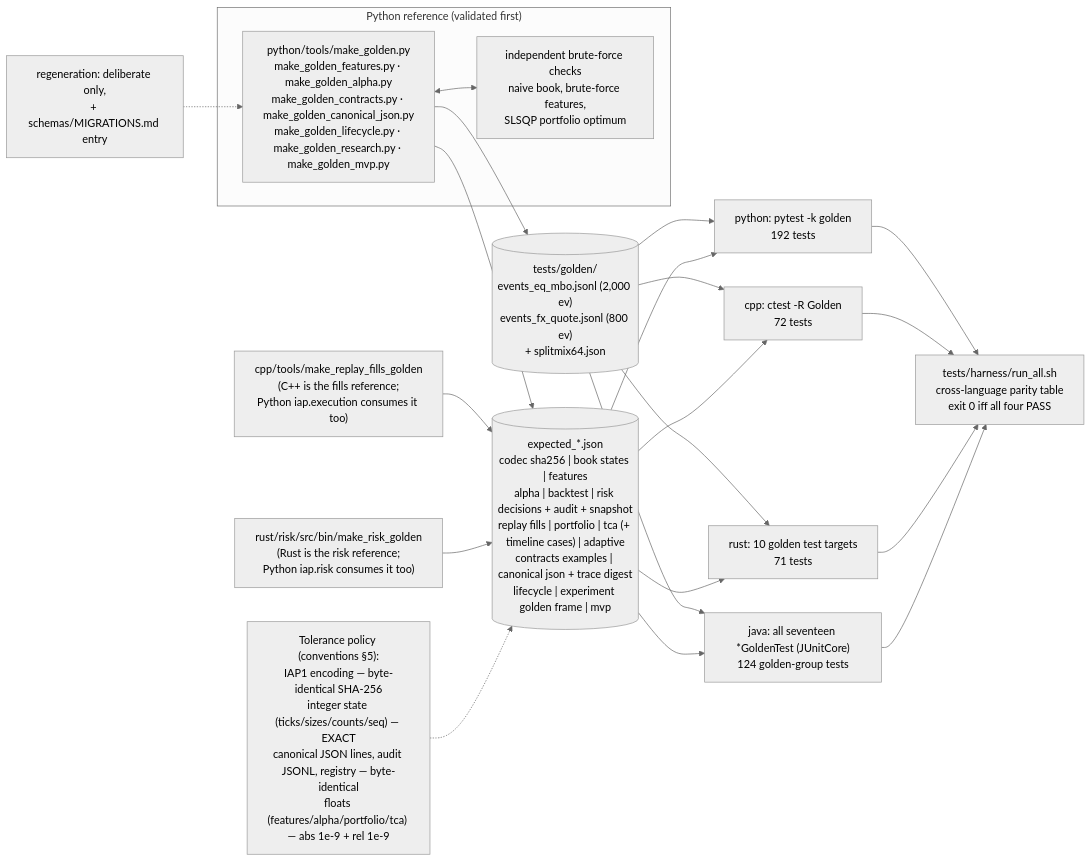
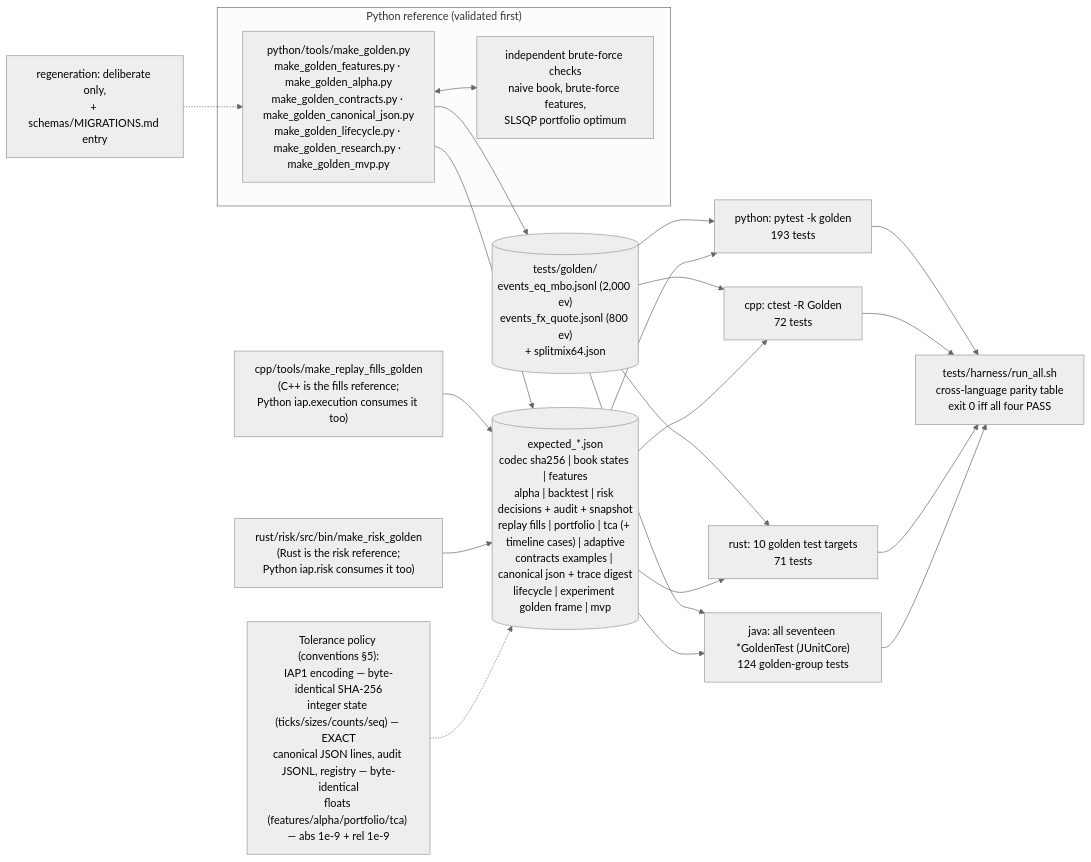
Before and after one commit to AshJha0/intraday-alpha-platform: the diagram in docs/diagrams/golden_topology.mmd, drawn with Mermaid (neutral theme). The commit also changed 15 other files, not shown here.

Commit message:
release: v1.11.0 - CHANGELOG, version 1.11.0, image tags, parity counts from CI (python 2185, golden 193)

```diff
--- a/docs/diagrams/golden_topology.mmd
+++ b/docs/diagrams/golden_topology.mmd
@@ -1,24 +1,24 @@
 flowchart LR
     subgraph REF["Python reference (validated first)"]
         MG["python/tools/make_golden.py<br/>make_golden_features.py · make_golden_alpha.py<br/>make_golden_contracts.py · make_golden_canonical_json.py<br/>make_golden_lifecycle.py · make_golden_research.py · make_golden_mvp.py"]
         BF["independent brute-force checks<br/>naive book, brute-force features,<br/>SLSQP portfolio optimum"]
         MG <--> BF
     end
     MG --> GV[("tests/golden/<br/>events_eq_mbo.jsonl (2,000 ev)<br/>events_fx_quote.jsonl (800 ev)<br/>+ splitmix64.json")]
     MG --> EXP[("expected_*.json<br/>codec sha256 | book states | features<br/>alpha | backtest | risk decisions + audit + snapshot<br/>replay fills | portfolio | tca (+ timeline cases) | adaptive<br/>contracts examples | canonical json + trace digest<br/>lifecycle | experiment golden frame | mvp")]
     CPPTOOL["cpp/tools/make_replay_fills_golden<br/>(C++ is the fills reference;<br/>Python iap.execution consumes it too)"] --> EXP
     RSTOOL["rust/risk/src/bin/make_risk_golden<br/>(Rust is the risk reference;<br/>Python iap.risk consumes it too)"] --> EXP
-    GV --> PY["python: pytest -k golden<br/>192 tests"]
+    GV --> PY["python: pytest -k golden<br/>193 tests"]
     GV --> CPP["cpp: ctest -R Golden<br/>72 tests"]
     GV --> RS["rust: 10 golden test targets<br/>71 tests"]
     GV --> JV["java: all seventeen *GoldenTest (JUnitCore)<br/>124 golden-group tests"]
     EXP --> PY
     EXP --> CPP
     EXP --> RS
     EXP --> JV
     PY --> TAB["tests/harness/run_all.sh<br/>cross-language parity table<br/>exit 0 iff all four PASS"]
     CPP --> TAB
     RS --> TAB
     JV --> TAB
     TOL["Tolerance policy (conventions §5):<br/>IAP1 encoding — byte-identical SHA-256<br/>integer state (ticks/sizes/counts/seq) — EXACT<br/>canonical JSON lines, audit JSONL, registry — byte-identical<br/>floats (features/alpha/portfolio/tca) — abs 1e-9 + rel 1e-9"] -.-> EXP
     MIG["regeneration: deliberate only,<br/>+ schemas/MIGRATIONS.md entry"] -.-> MG
```
